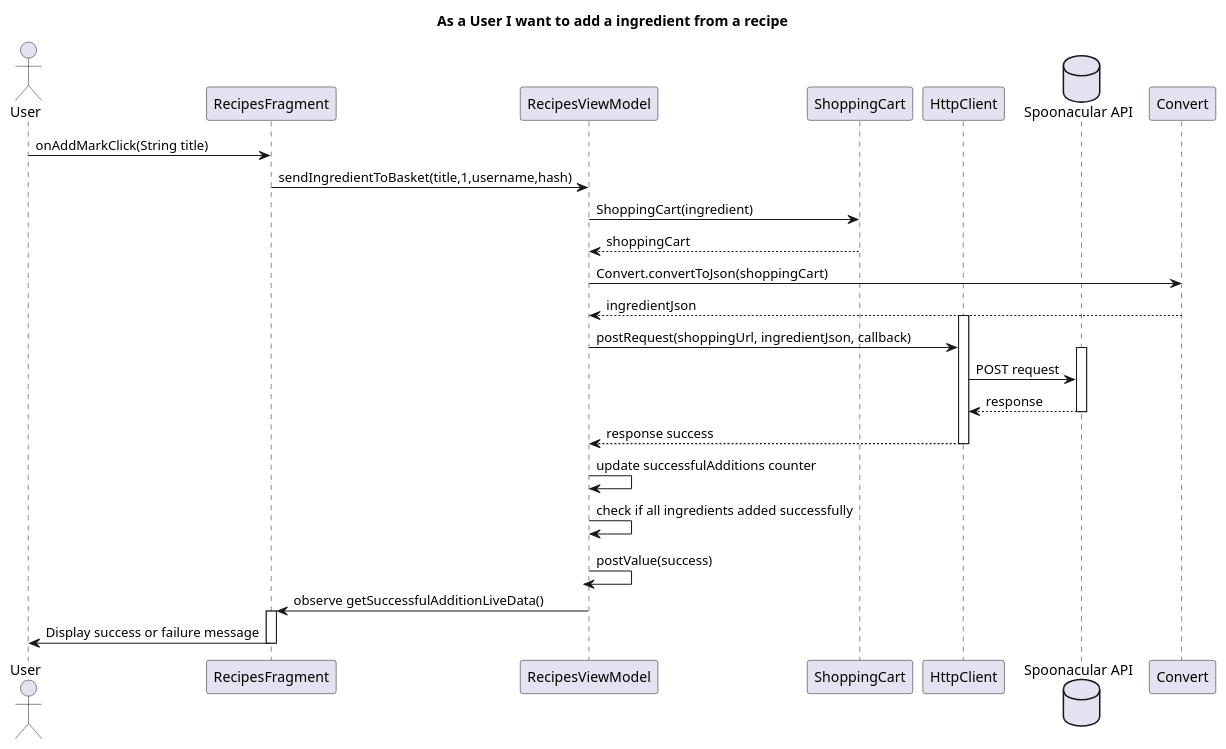
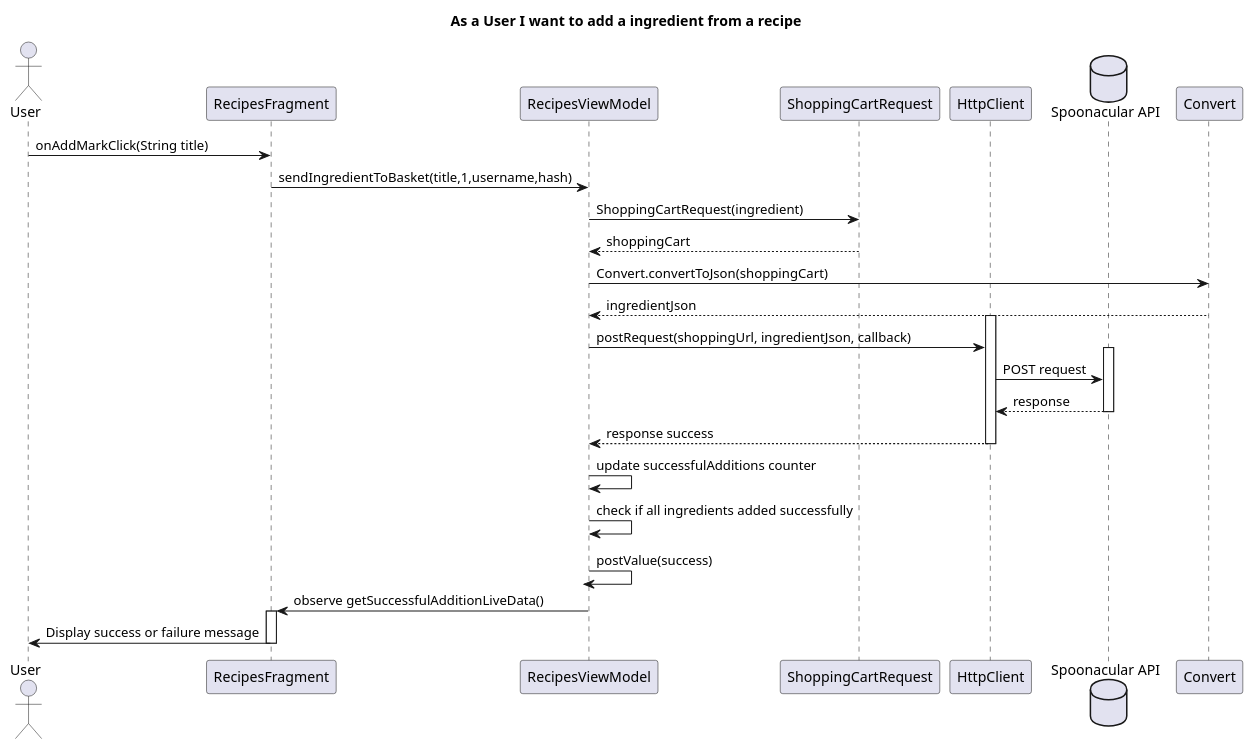
One commit to IsepMartimOliveira/DSSMV_ProjectDroid_1181754 changed the diagram in Documents/US/US05/SD.puml. Above: the diagram before and after it, drawn with PlantUML. The commit also changed 2 other files, not shown here.

```diff
--- a/Documents/US/US05/SD.puml
+++ b/Documents/US/US05/SD.puml
@@ -1,40 +1,40 @@
 @startuml
 actor User as User
 title As a User I want to add a ingredient from a recipe
 
 participant "RecipesFragment" as GalleryFragment
 participant "RecipesViewModel" as GalleryViewModel
-participant "ShoppingCart" as ShoppingCart
+participant "ShoppingCartRequest" as ShoppingCart
 
 participant "HttpClient" as HttpClient
 database "Spoonacular API" as Server
 participant "Convert" as Convert
 
 User -> GalleryFragment: onAddMarkClick(String title)
 GalleryFragment -> GalleryViewModel: sendIngredientToBasket(title,1,username,hash)
-GalleryViewModel->ShoppingCart:ShoppingCart(ingredient)
+GalleryViewModel->ShoppingCart:ShoppingCartRequest(ingredient)
 ShoppingCart-->GalleryViewModel: shoppingCart
 GalleryViewModel->Convert:Convert.convertToJson(shoppingCart)
 Convert-->GalleryViewModel:ingredientJson
 
 activate HttpClient
 
 GalleryViewModel -> HttpClient: postRequest(shoppingUrl, ingredientJson, callback)
 activate Server
 
 HttpClient->Server:POST request
 Server-->"HttpClient":response
 
 deactivate Server
 HttpClient --> GalleryViewModel: response success
 deactivate HttpClient
 GalleryViewModel -> GalleryViewModel: update successfulAdditions counter
 GalleryViewModel -> GalleryViewModel: check if all ingredients added successfully
 GalleryViewModel -> GalleryViewModel: postValue(success)
 deactivate GalleryViewModel
 GalleryViewModel -> GalleryFragment: observe getSuccessfulAdditionLiveData()
 activate GalleryFragment
 GalleryFragment -> User: Display success or failure message
 deactivate GalleryFragment
 
 @enduml
```
